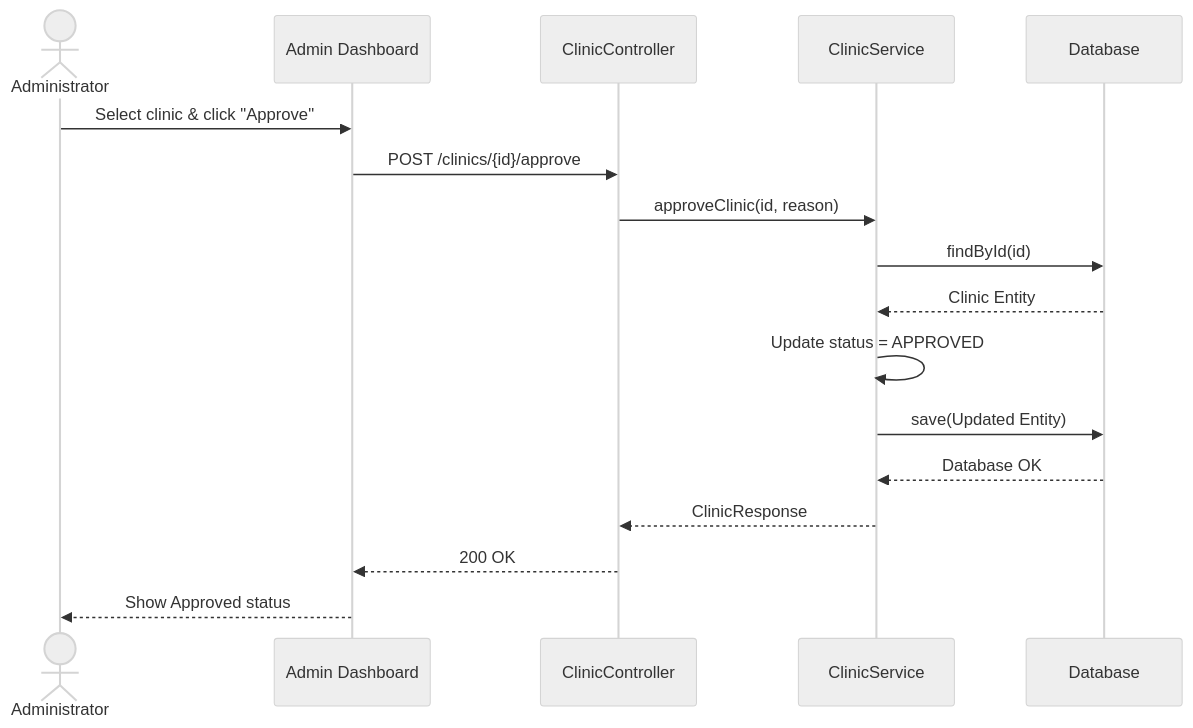
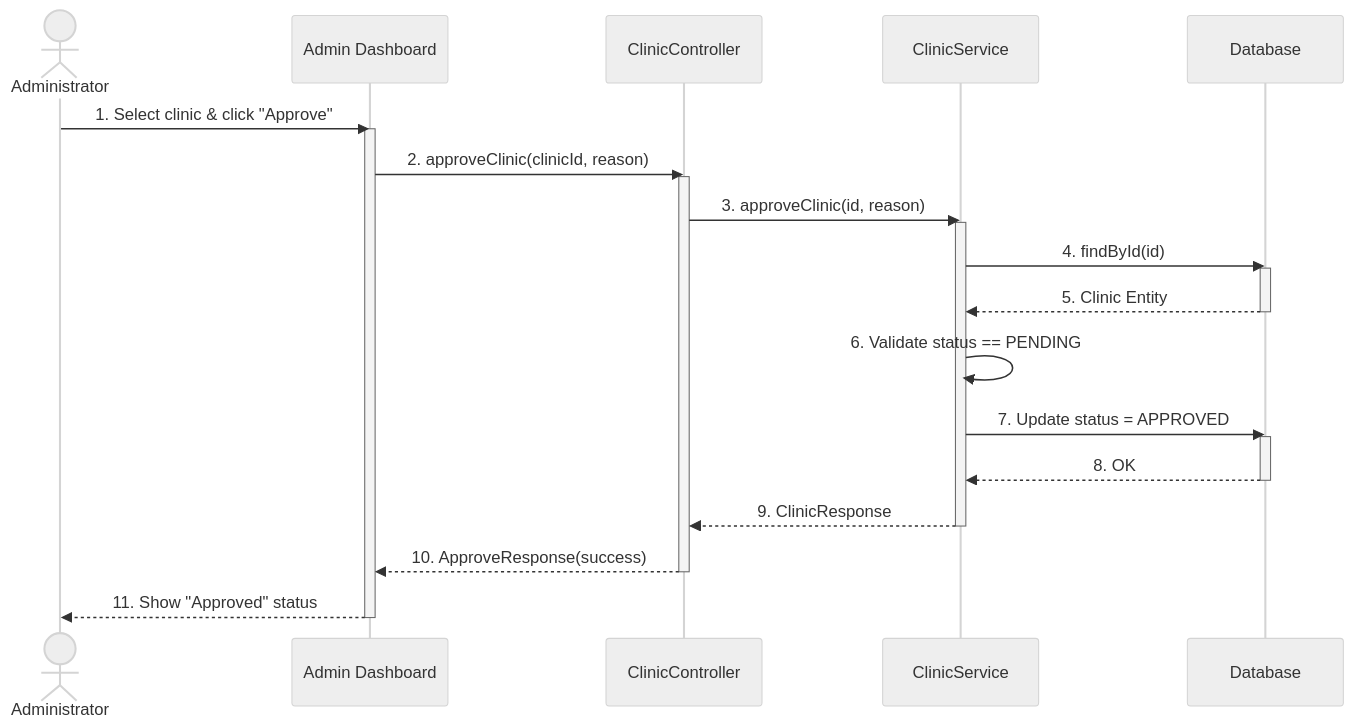
Diagram 14 of 28 in docs-references/documentation/SDD/REPORT_4_SDD_SYSTEM_DESIGN.md (espresso23/Petties-Veterinary-Appointment-Booking-Platform), drawn with Mermaid (neutral theme) before and after one commit. The commit also changed other lines of this file and 3 other files, not shown here.

Commit message:
docs: standardize SRS/SDD formats and fix sequence diagram notation

````diff
--- a/docs-references/documentation/SDD/REPORT_4_SDD_SYSTEM_DESIGN.md
+++ b/docs-references/documentation/SDD/REPORT_4_SDD_SYSTEM_DESIGN.md
@@ -1016,20 +1232,30 @@
 ```mermaid
 sequenceDiagram
     actor Admin as Administrator
     participant UI as Admin Dashboard
     participant CC as ClinicController
     participant CS as ClinicService
     participant DB as Database
 
-    Admin->>UI: Select clinic & click "Approve"
-    UI->>CC: POST /clinics/{id}/approve
-    CC->>CS: approveClinic(id, reason)
-    CS->>DB: findById(id)
-    DB-->>CS: Clinic Entity
-    CS->>CS: Update status = APPROVED
-    CS->>DB: save(Updated Entity)
-    DB-->>CS: Database OK
-    CS-->>CC: ClinicResponse
-    CC-->>UI: 200 OK
-    UI-->>Admin: Show Approved status
+    Admin->>UI: 1. Select clinic & click "Approve"
+    activate UI
+    UI->>CC: 2. approveClinic(clinicId, reason)
+    activate CC
+    CC->>CS: 3. approveClinic(id, reason)
+    activate CS
+    CS->>DB: 4. findById(id)
+    activate DB
+    DB-->>CS: 5. Clinic Entity
+    deactivate DB
+    CS->>CS: 6. Validate status == PENDING
+    CS->>DB: 7. Update status = APPROVED
+    activate DB
+    DB-->>CS: 8. OK
+    deactivate DB
+    CS-->>CC: 9. ClinicResponse
+    deactivate CS
+    CC-->>UI: 10. ApproveResponse(success)
+    deactivate CC
+    UI-->>Admin: 11. Show "Approved" status
+    deactivate UI
 ```
````
